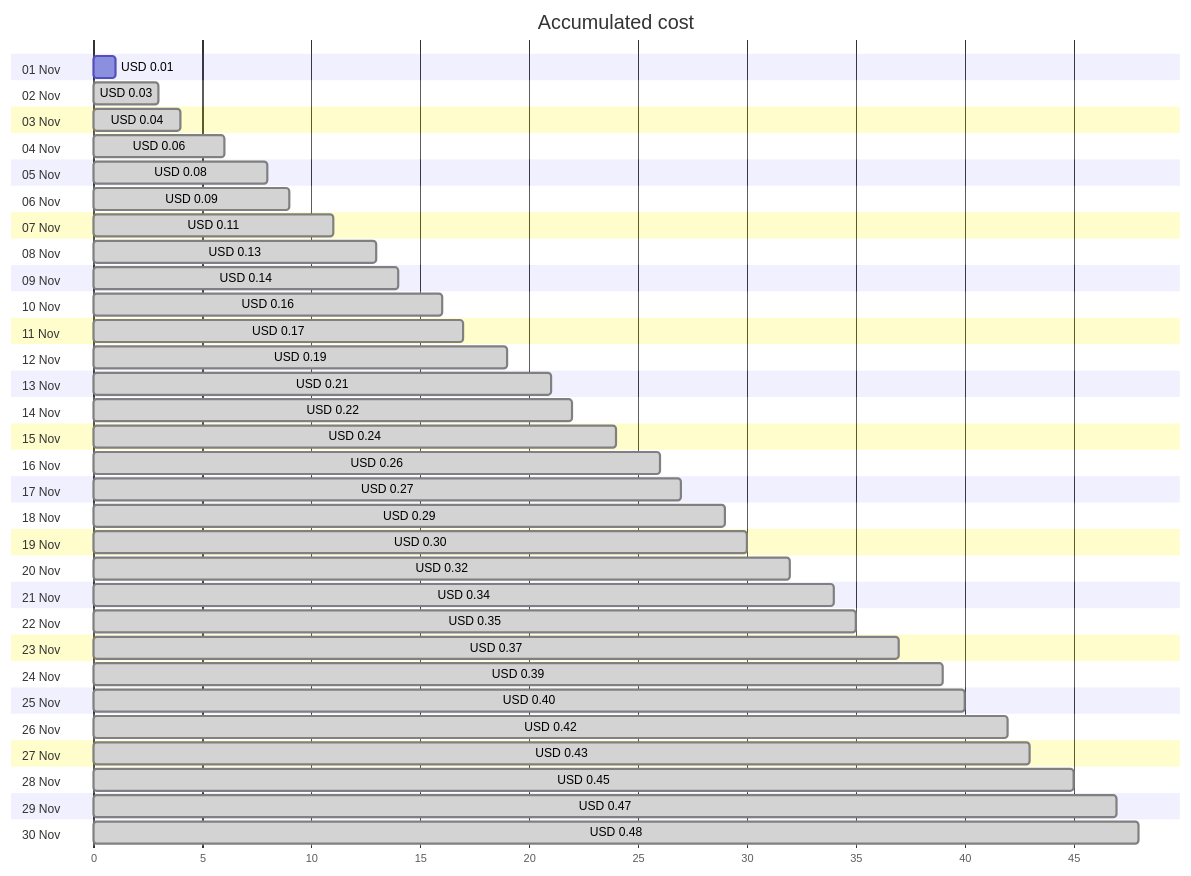
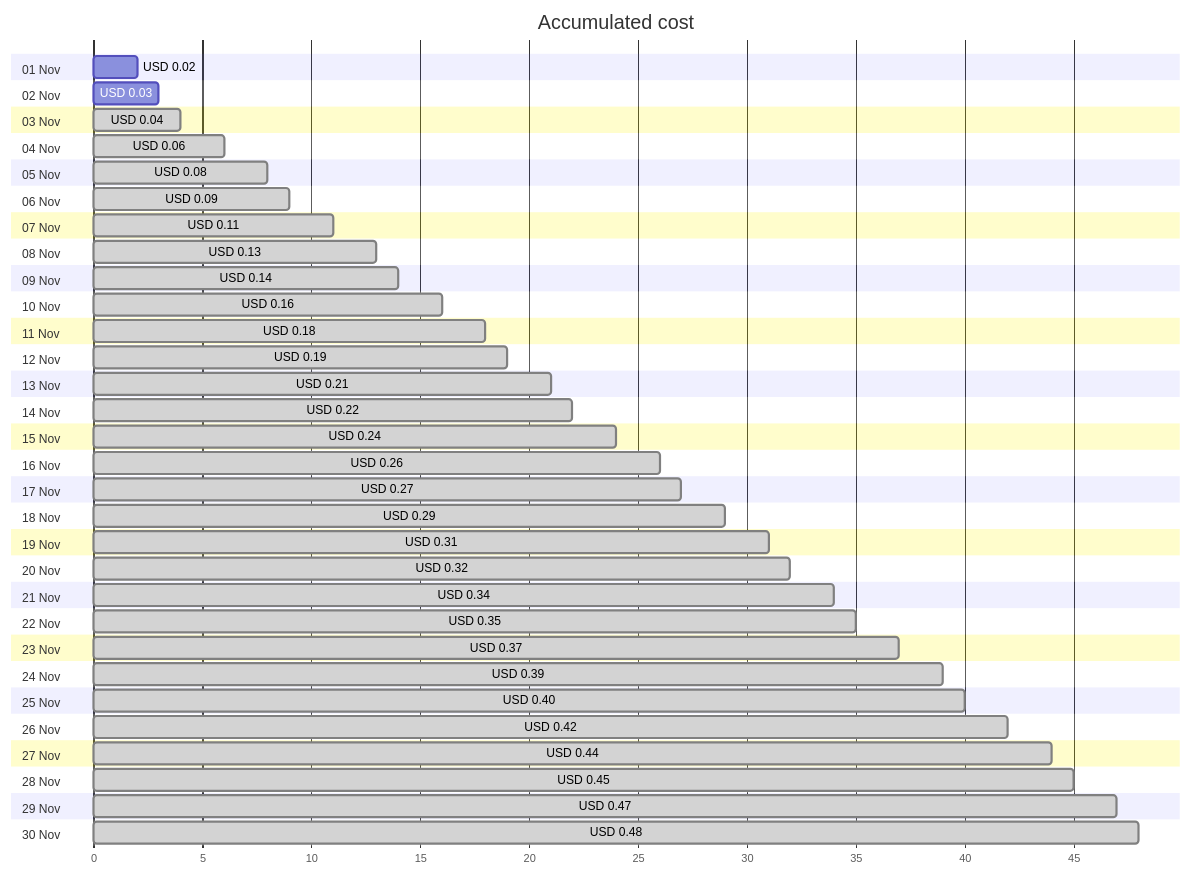
The first of 4 diagrams in cost-reports/personal-dns/jpatrickfulton.com.md (jpfulton/azure-personal-reports), drawn with Mermaid before and after one commit. The commit also changed other lines of this file and 2 other files, not shown here.

````diff
--- a/cost-reports/personal-dns/jpatrickfulton.com.md
+++ b/cost-reports/personal-dns/jpatrickfulton.com.md
@@ -20,66 +20,66 @@
 ```mermaid
 gantt
    title Accumulated cost
    dateFormat  X
    axisFormat %s
    section 01 Nov
-   USD 0.01 :0, 1
+   USD 0.02 :0, 2
    section 02 Nov
-   USD 0.03 : done, 0, 3
+   USD 0.03 :0, 3
    section 03 Nov
    USD 0.04 : done, 0, 4
    section 04 Nov
    USD 0.06 : done, 0, 6
    section 05 Nov
    USD 0.08 : done, 0, 8
    section 06 Nov
    USD 0.09 : done, 0, 9
    section 07 Nov
    USD 0.11 : done, 0, 11
    section 08 Nov
    USD 0.13 : done, 0, 13
    section 09 Nov
    USD 0.14 : done, 0, 14
    section 10 Nov
    USD 0.16 : done, 0, 16
    section 11 Nov
-   USD 0.17 : done, 0, 17
+   USD 0.18 : done, 0, 18
    section 12 Nov
    USD 0.19 : done, 0, 19
    section 13 Nov
    USD 0.21 : done, 0, 21
    section 14 Nov
    USD 0.22 : done, 0, 22
    section 15 Nov
    USD 0.24 : done, 0, 24
    section 16 Nov
    USD 0.26 : done, 0, 26
    section 17 Nov
    USD 0.27 : done, 0, 27
    section 18 Nov
    USD 0.29 : done, 0, 29
    section 19 Nov
-   USD 0.30 : done, 0, 30
+   USD 0.31 : done, 0, 31
    section 20 Nov
    USD 0.32 : done, 0, 32
    section 21 Nov
    USD 0.34 : done, 0, 34
    section 22 Nov
    USD 0.35 : done, 0, 35
    section 23 Nov
    USD 0.37 : done, 0, 37
    section 24 Nov
    USD 0.39 : done, 0, 39
    section 25 Nov
    USD 0.40 : done, 0, 40
    section 26 Nov
    USD 0.42 : done, 0, 42
    section 27 Nov
-   USD 0.43 : done, 0, 43
+   USD 0.44 : done, 0, 44
    section 28 Nov
    USD 0.45 : done, 0, 45
    section 29 Nov
    USD 0.47 : done, 0, 47
    section 30 Nov
    USD 0.48 : done, 0, 48
 ```
````
